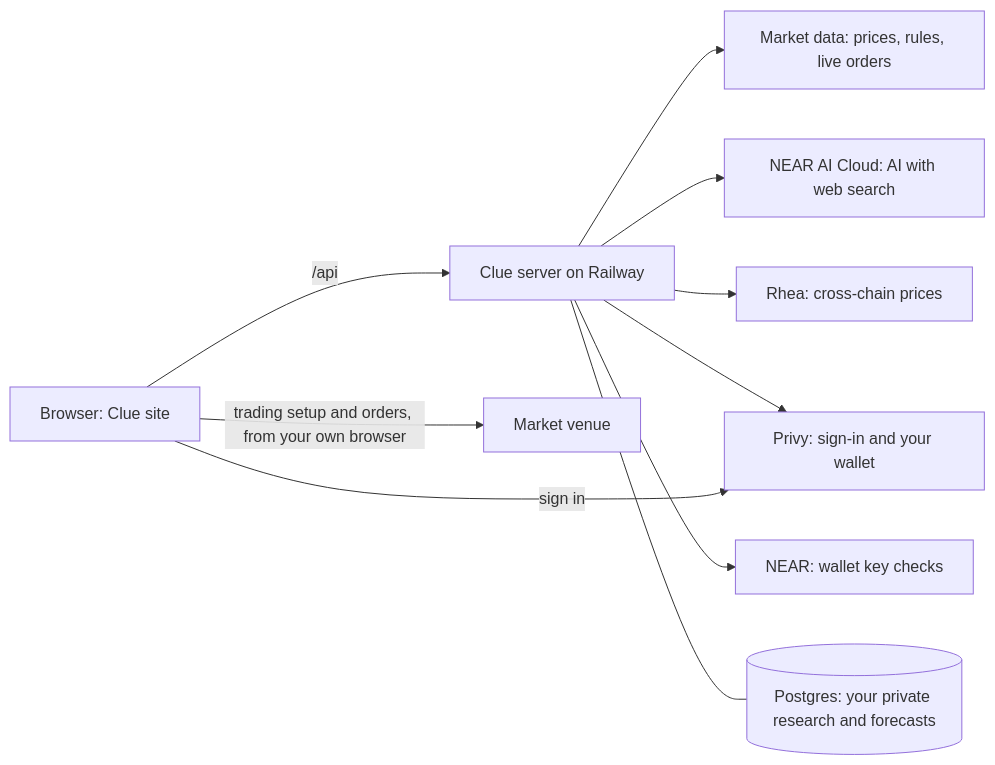
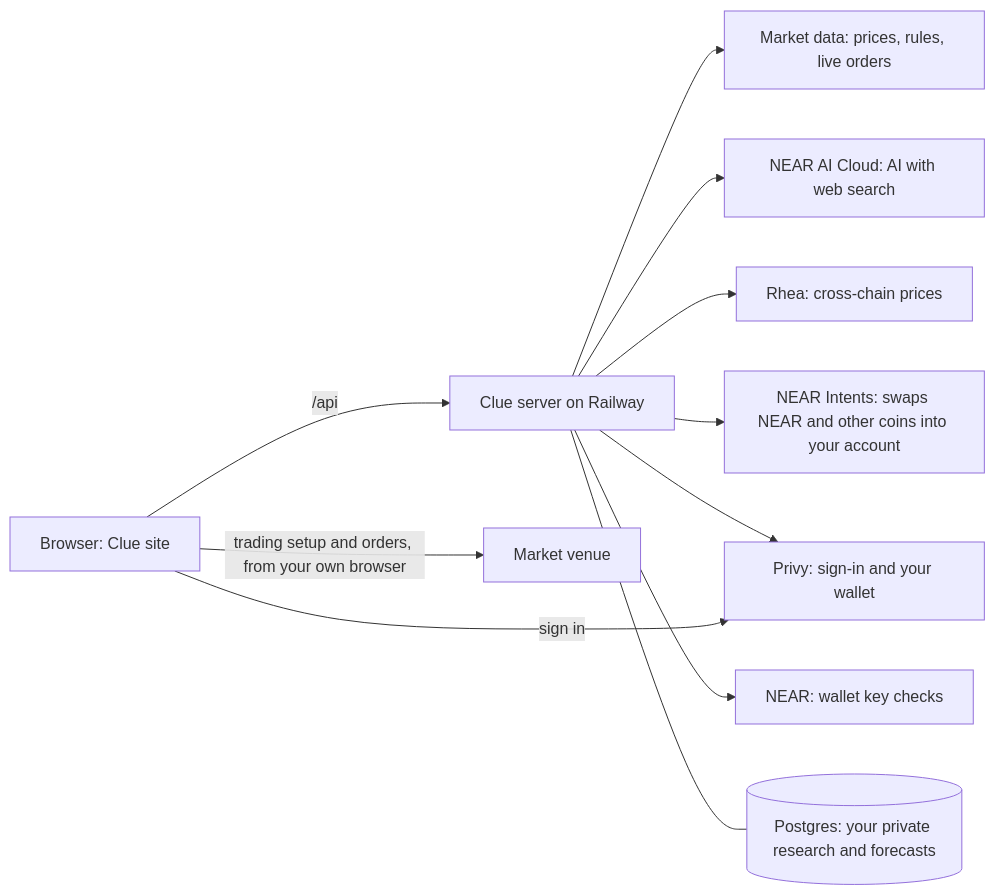
Before and after one commit to majorlabs/cluemarket: the diagram in README.md, drawn with Mermaid. The commit also changed other lines of this file and 6 other files, not shown here.

Commit message:
Add money from NEAR or any chain through NEAR Intents: price, one-time deposit address, live status, refund address

````diff
--- a/README.md
+++ b/README.md
@@ -141,12 +143,13 @@
 ```mermaid
 flowchart LR
   U[Browser: Clue site] -->|/api| S[Clue server on Railway]
   S --> M[Market data: prices, rules, live orders]
   S --> N[NEAR AI Cloud: AI with web search]
   S --> R[Rhea: cross-chain prices]
+  S --> I[NEAR Intents: swaps NEAR and other coins into your account]
   S --> W[Privy: sign-in and your wallet]
   S --> K[NEAR: wallet key checks]
   U -->|trading setup and orders, from your own browser| M2[Market venue]
   U -->|sign in| W
   S --- D[(Postgres: your private research and forecasts)]
 ```
````
